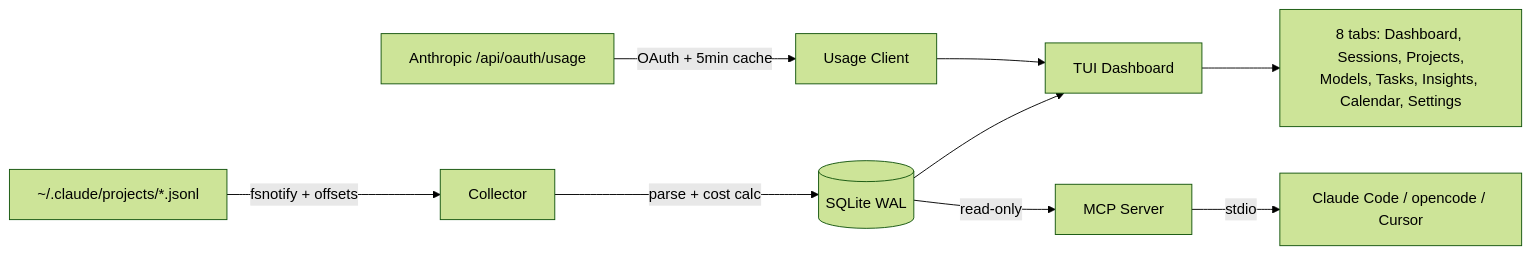
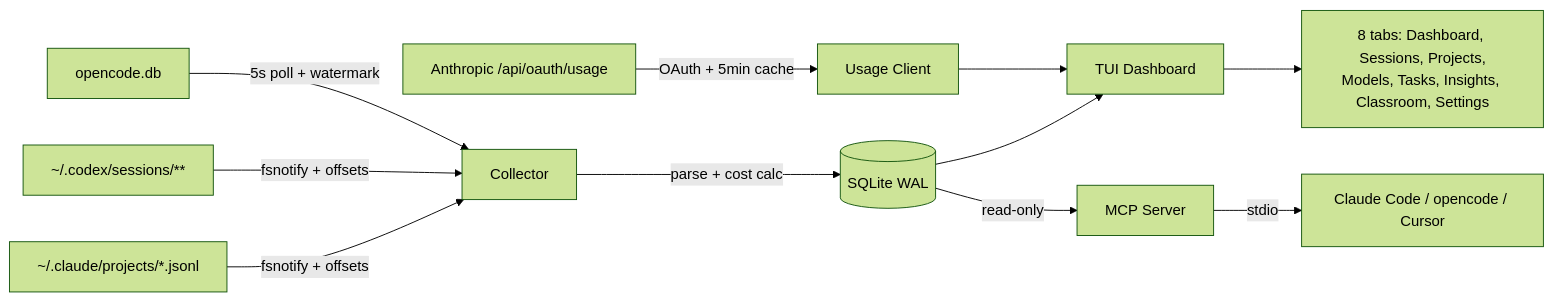
The first of 4 diagrams in README.md (FullFran/claudeops-tui), drawn with Mermaid (forest theme) before and after one commit. The commit also changed other lines of this file, not shown here.

Commit message:
docs(readme): document the real tabs, subcommands, keys and config

````diff
--- a/README.md
+++ b/README.md
@@ -22,11 +26,13 @@
 ```mermaid
 graph LR
     A["~/.claude/projects/*.jsonl"] -->|fsnotify + offsets| B[Collector]
+    A2["~/.codex/sessions/**"] -->|fsnotify + offsets| B
+    A3["opencode.db"] -->|5s poll + watermark| B
     B -->|parse + cost calc| C[(SQLite WAL)]
     D["Anthropic /api/oauth/usage"] -->|OAuth + 5min cache| E[Usage Client]
     C --> F[TUI Dashboard]
     E --> F
     C -->|read-only| G[MCP Server]
     G -->|stdio| H[Claude Code / opencode / Cursor]
-    F --> I["8 tabs: Dashboard, Sessions, Projects,\nModels, Tasks, Insights, Calendar, Settings"]
+    F --> I["8 tabs: Dashboard, Sessions, Projects,\nModels, Tasks, Insights, Classroom, Settings"]
 ```
````
